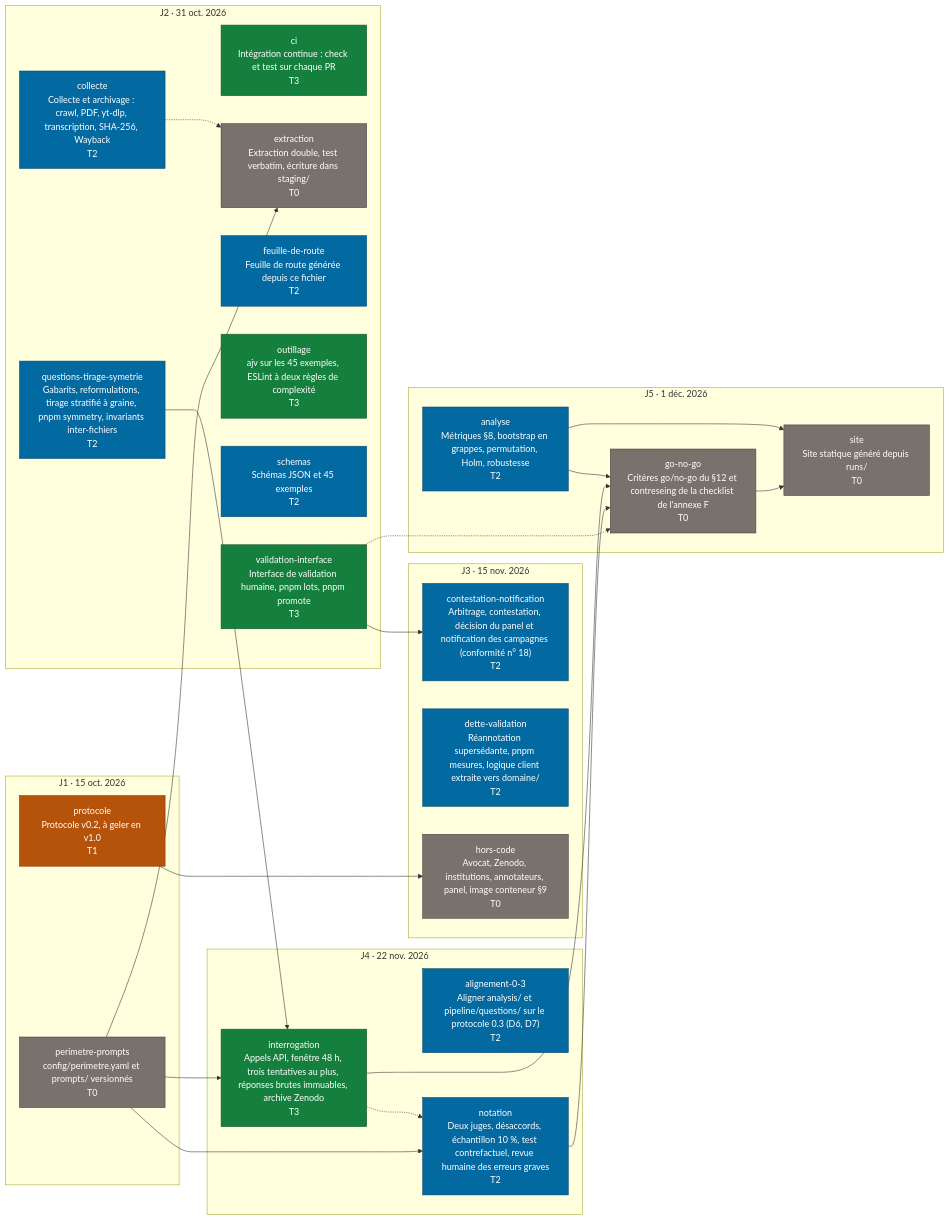
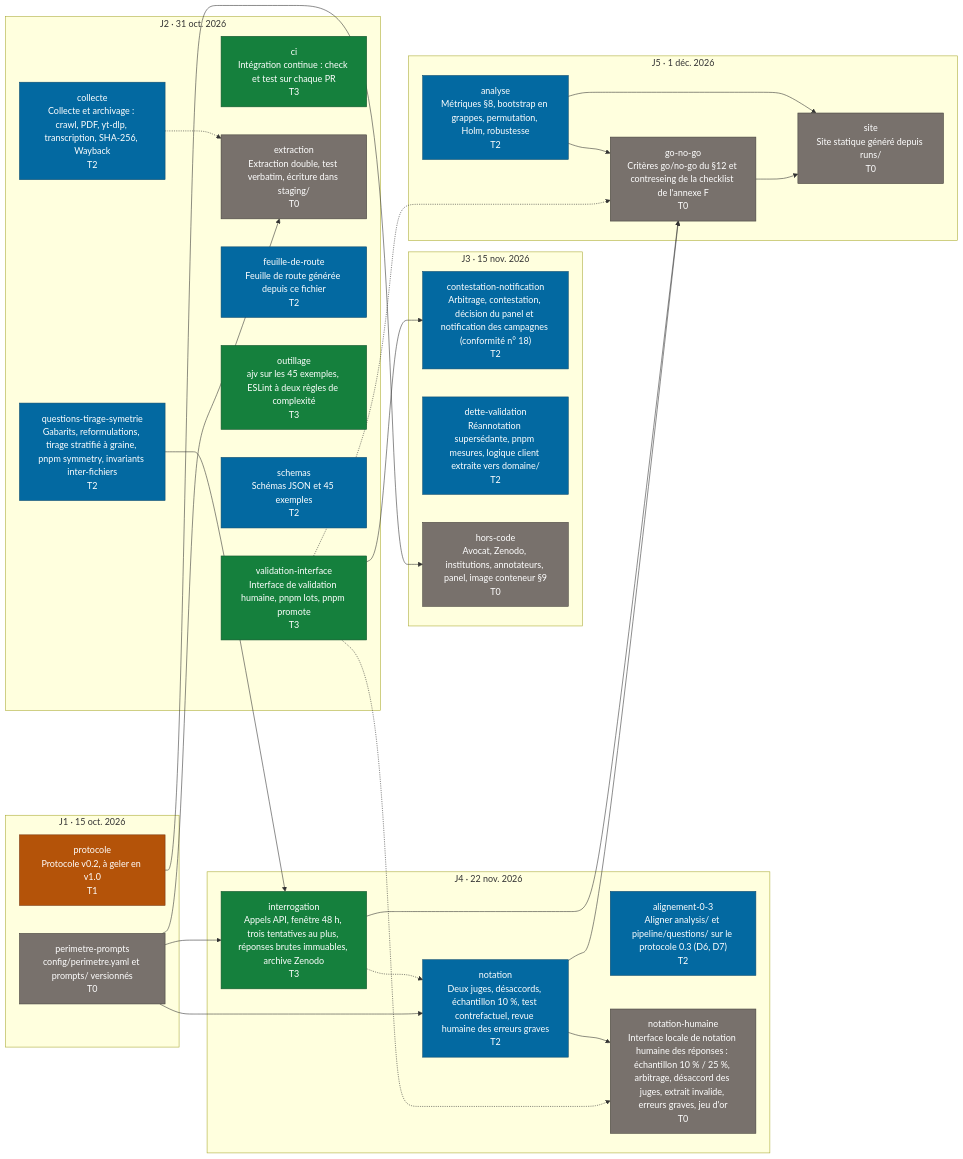
Before and after one commit to AzurNow/DEMOCRACIE_2027: the diagram in docs/FEUILLE-DE-ROUTE.md, drawn with Mermaid. The commit also changed other lines of this file and 1 other file, not shown here.

Commit message:
docs(feuille de route) : lot notation-humaine, saisie des notations humaines du §7

````diff
--- a/docs/FEUILLE-DE-ROUTE.md
+++ b/docs/FEUILLE-DE-ROUTE.md
@@ -83,52 +83,55 @@
 ```mermaid
 flowchart LR
   subgraph jalon_J1["J1 · 15 oct. 2026"]
     lot_perimetre_prompts["perimetre-prompts<br/>config/perimetre.yaml et prompts/ versionnés<br/>T0"]:::T0
     lot_protocole["protocole<br/>Protocole v0.2, à geler en v1.0<br/>T1"]:::T1
   end
   subgraph jalon_J2["J2 · 31 oct. 2026"]
     lot_ci["ci<br/>Intégration continue : check et test sur chaque PR<br/>T3"]:::T3
     lot_collecte["collecte<br/>Collecte et archivage : crawl, PDF, yt-dlp, transcription, SHA-256, Wayback<br/>T2"]:::T2
     lot_extraction["extraction<br/>Extraction double, test verbatim, écriture dans staging/<br/>T0"]:::T0
     lot_feuille_de_route["feuille-de-route<br/>Feuille de route générée depuis ce fichier<br/>T2"]:::T2
     lot_outillage["outillage<br/>ajv sur les 45 exemples, ESLint à deux règles de complexité<br/>T3"]:::T3
     lot_questions_tirage_symetrie["questions-tirage-symetrie<br/>Gabarits, reformulations, tirage stratifié à graine, pnpm symmetry, invariants inter-fichiers<br/>T2"]:::T2
     lot_schemas["schemas<br/>Schémas JSON et 45 exemples<br/>T2"]:::T2
     lot_validation_interface["validation-interface<br/>Interface de validation humaine, pnpm lots, pnpm promote<br/>T3"]:::T3
   end
   subgraph jalon_J3["J3 · 15 nov. 2026"]
     lot_contestation_notification["contestation-notification<br/>Arbitrage, contestation, décision du panel et notification des campagnes (conformité n° 18)<br/>T2"]:::T2
     lot_dette_validation["dette-validation<br/>Réannotation supersédante, pnpm mesures, logique client extraite vers domaine/<br/>T2"]:::T2
     lot_hors_code["hors-code<br/>Avocat, Zenodo, institutions, annotateurs, panel, image conteneur §9<br/>T0"]:::T0
   end
   subgraph jalon_J4["J4 · 22 nov. 2026"]
     lot_alignement_0_3["alignement-0-3<br/>Aligner analysis/ et pipeline/questions/ sur le protocole 0.3 (D6, D7)<br/>T2"]:::T2
     lot_interrogation["interrogation<br/>Appels API, fenêtre 48 h, trois tentatives au plus, réponses brutes immuables, archive Zenodo<br/>T3"]:::T3
     lot_notation["notation<br/>Deux juges, désaccords, échantillon 10 %, test contrefactuel, revue humaine des erreurs graves<br/>T2"]:::T2
+    lot_notation_humaine["notation-humaine<br/>Interface locale de notation humaine des réponses : échantillon 10 % / 25 %, arbitrage, désaccord des juges, extrait invalide, erreurs graves, jeu d'or<br/>T0"]:::T0
   end
   subgraph jalon_J5["J5 · 1 déc. 2026"]
     lot_analyse["analyse<br/>Métriques §8, bootstrap en grappes, permutation, Holm, robustesse<br/>T2"]:::T2
     lot_go_no_go["go-no-go<br/>Critères go/no-go du §12 et contreseing de la checklist de l'annexe F<br/>T0"]:::T0
     lot_site["site<br/>Site statique généré depuis runs/<br/>T0"]:::T0
   end
   lot_validation_interface --> lot_contestation_notification
   lot_collecte -.-> lot_extraction
   lot_perimetre_prompts --> lot_extraction
   lot_analyse --> lot_go_no_go
   lot_interrogation --> lot_go_no_go
   lot_notation --> lot_go_no_go
   lot_validation_interface -.-> lot_go_no_go
   lot_protocole --> lot_hors_code
   lot_perimetre_prompts --> lot_interrogation
   lot_questions_tirage_symetrie --> lot_interrogation
   lot_interrogation -.-> lot_notation
   lot_perimetre_prompts --> lot_notation
+  lot_notation --> lot_notation_humaine
+  lot_validation_interface -.-> lot_notation_humaine
   lot_analyse --> lot_site
   lot_go_no_go --> lot_site
   classDef T0 fill:#78716c,color:#ffffff,stroke:#44403c
   classDef T1 fill:#b45309,color:#ffffff,stroke:#78350f
   classDef T2 fill:#0369a1,color:#ffffff,stroke:#0c4a6e
   classDef T3 fill:#15803d,color:#ffffff,stroke:#14532d
   classDef T4 fill:#1d4ed8,color:#ffffff,stroke:#1e3a8a
   classDef decision fill:#b91c1c,color:#ffffff,stroke:#7f1d1d
 ```
````
